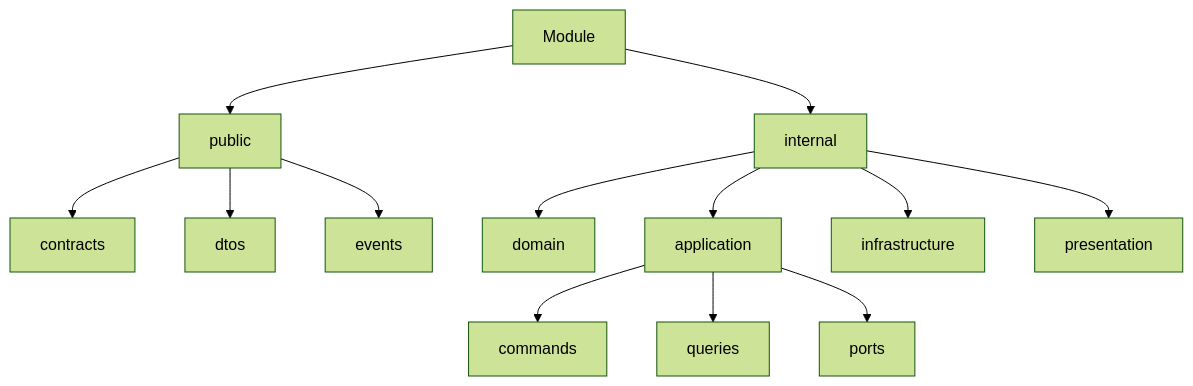
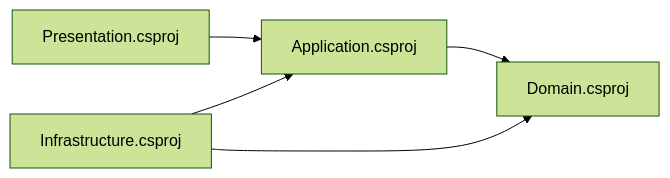
Before and after one commit to cromaticacreativa/project-cromaticacreativa-web: the fifth of 7 diagrams in README.md, drawn with Mermaid (forest theme). The commit also changed other lines of this file and 118 other files, not shown here.

````diff
--- a/README.md
+++ b/README.md
@@ -197,15 +204,7 @@
 ```mermaid
-flowchart TD
-    module["Module"] --> public["public"]
-    module --> internal["internal"]
-    public --> contracts["contracts"]
-    public --> dtos["dtos"]
-    public --> events["events"]
-    internal --> domain["domain"]
-    internal --> application["application"]
-    application --> commands["commands"]
-    application --> queries["queries"]
-    application --> ports["ports"]
-    internal --> infrastructure["infrastructure"]
-    internal --> presentation["presentation"]
+flowchart LR
+    presentation["Presentation.csproj"] --> application["Application.csproj"]
+    application --> domain["Domain.csproj"]
+    infrastructure["Infrastructure.csproj"] --> application
+    infrastructure --> domain
 ```
````
